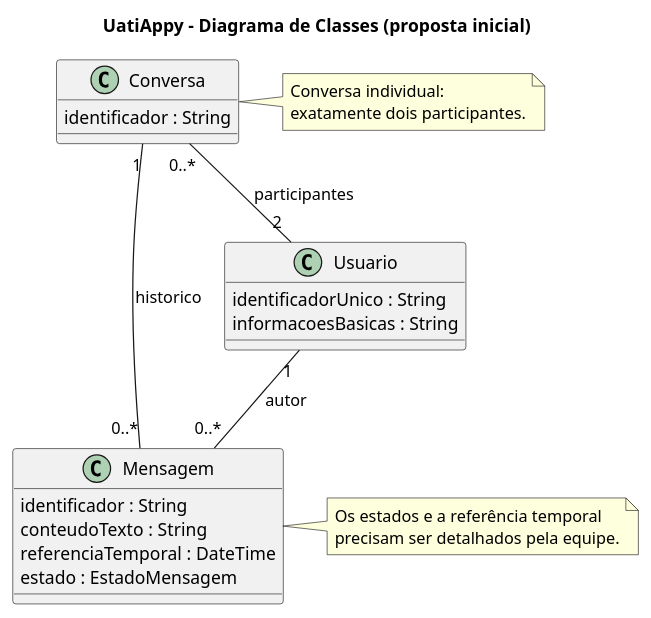
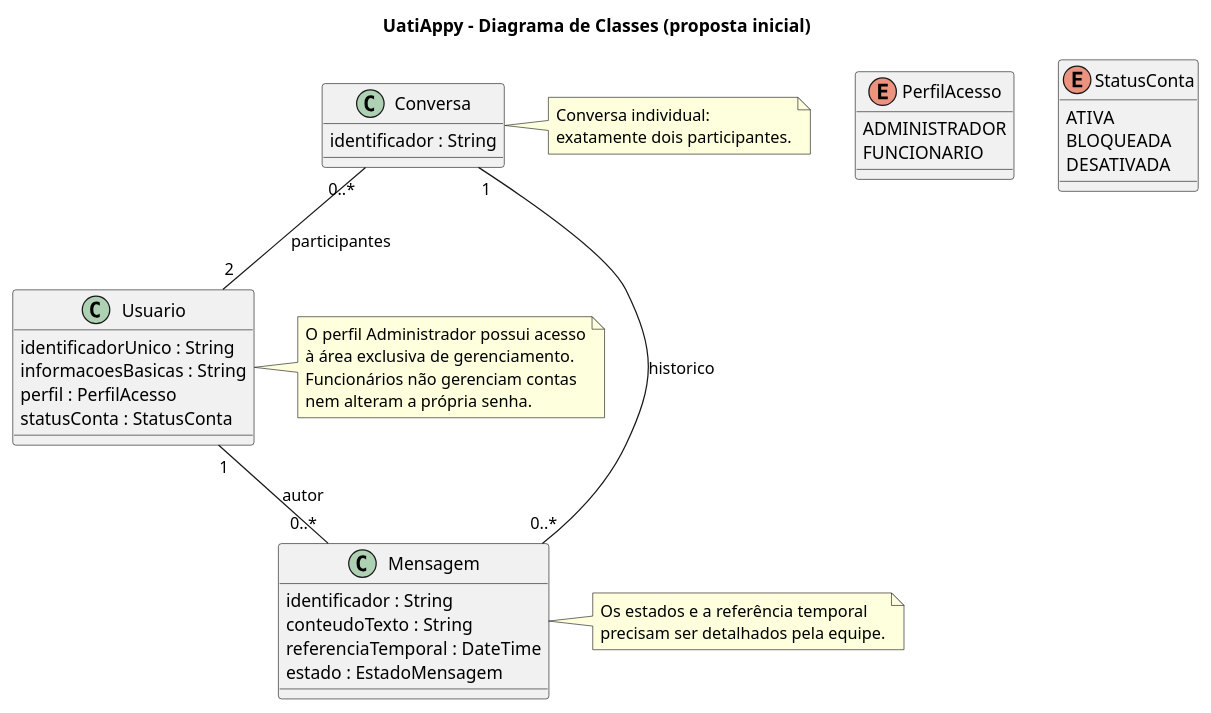
The first of 10 diagrams in Docs/requisitos/escopo-mvp.md (daviwanziler/uatiappy-vdois), drawn with PlantUML before and after one commit. The commit also changed other lines of this file and 3 other files, not shown here.

````diff
--- a/Docs/requisitos/escopo-mvp.md
+++ b/Docs/requisitos/escopo-mvp.md
@@ -176,35 +213,55 @@
 ```plantuml
 @startuml
 title UatiAppy - Diagrama de Classes (proposta inicial)
 
 class Usuario {
   identificadorUnico : String
   informacoesBasicas : String
+  perfil : PerfilAcesso
+  statusConta : StatusConta
+}
+
+enum PerfilAcesso {
+  ADMINISTRADOR
+  FUNCIONARIO
+}
+
+enum StatusConta {
+  ATIVA
+  BLOQUEADA
+  DESATIVADA
 }
 
 class Conversa {
   identificador : String
 }
 
 class Mensagem {
   identificador : String
   conteudoTexto : String
   referenciaTemporal : DateTime
   estado : EstadoMensagem
 }
 
 Conversa "0..*" -- "2" Usuario : participantes
 Conversa "1" -- "0..*" Mensagem : historico
 Usuario "1" -- "0..*" Mensagem : autor
 
+note right of Usuario
+  O perfil Administrador possui acesso
+  à área exclusiva de gerenciamento.
+  Funcionários não gerenciam contas
+  nem alteram a própria senha.
+end note
+
 note right of Conversa
   Conversa individual:
   exatamente dois participantes.
 end note
 
 note right of Mensagem
   Os estados e a referência temporal
   precisam ser detalhados pela equipe.
 end note
 @enduml
 ```
````
